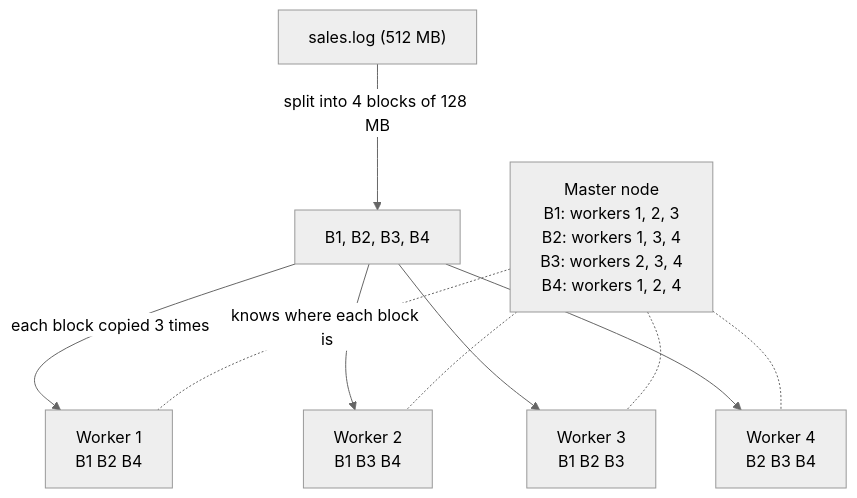
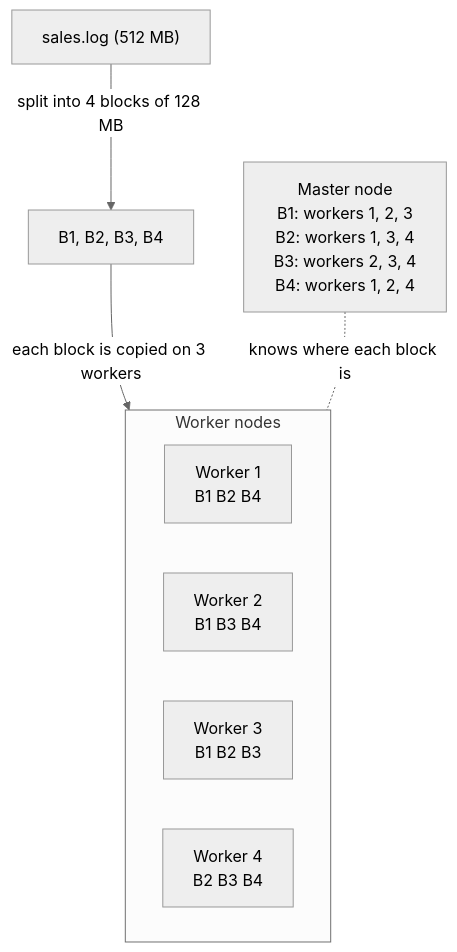
The first of 2 diagrams in lessons/06_big_data_technologies.md (Naviden/Introduction-to-Big-Data-and-NoSQL), drawn with Mermaid (neutral theme) before and after one commit. The commit also changed other lines of this file, not shown here.

Commit message:
add timeline to lesson 6, simplify cluster diagram

````diff
--- a/lessons/06_big_data_technologies.md
+++ b/lessons/06_big_data_technologies.md
@@ -25,13 +25,12 @@
 ```mermaid
 flowchart TB
     file["sales.log (512 MB)"] -->|"split into 4 blocks of 128 MB"| blocks["B1, B2, B3, B4"]
-    master["Master node<br/>B1: workers 1, 2, 3<br/>B2: workers 1, 3, 4<br/>B3: workers 2, 3, 4<br/>B4: workers 1, 2, 4"]
-    blocks -->|"each block copied 3 times"| W1["Worker 1<br/>B1 B2 B4"]
-    blocks --> W2["Worker 2<br/>B1 B3 B4"]
-    blocks --> W3["Worker 3<br/>B1 B2 B3"]
-    blocks --> W4["Worker 4<br/>B2 B3 B4"]
-    master -.-|"knows where each block is"| W1
-    master -.- W2
-    master -.- W3
-    master -.- W4
+    blocks -->|"each block is copied on 3 workers"| workers
+    master["Master node<br/>B1: workers 1, 2, 3<br/>B2: workers 1, 3, 4<br/>B3: workers 2, 3, 4<br/>B4: workers 1, 2, 4"] -.-|"knows where each block is"| workers
+    subgraph workers["Worker nodes"]
+        W1["Worker 1<br/>B1 B2 B4"]
+        W2["Worker 2<br/>B1 B3 B4"]
+        W3["Worker 3<br/>B1 B2 B3"]
+        W4["Worker 4<br/>B2 B3 B4"]
+    end
 ```
````
